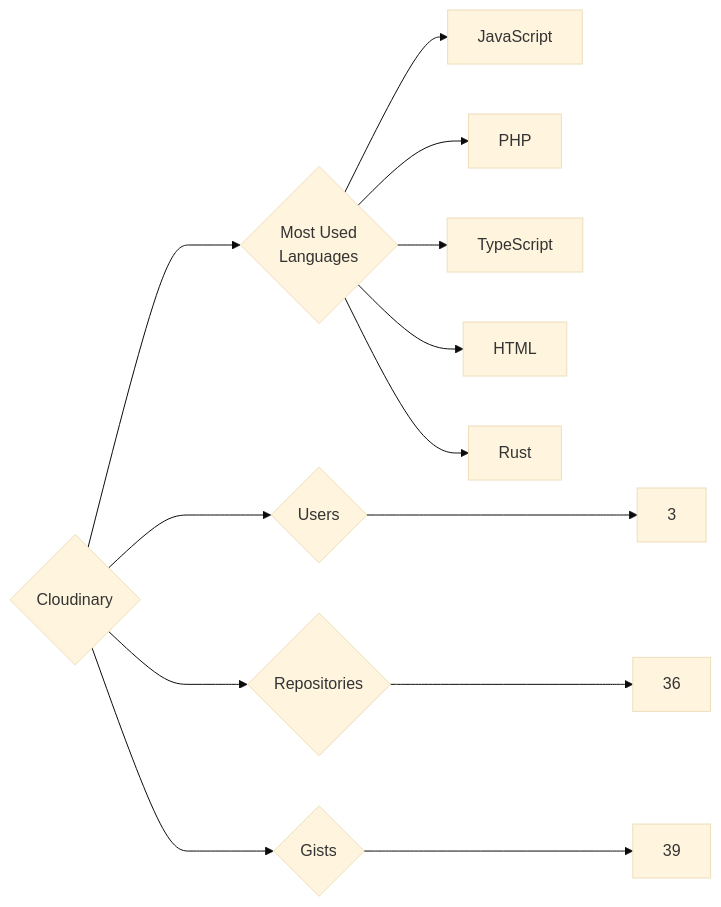
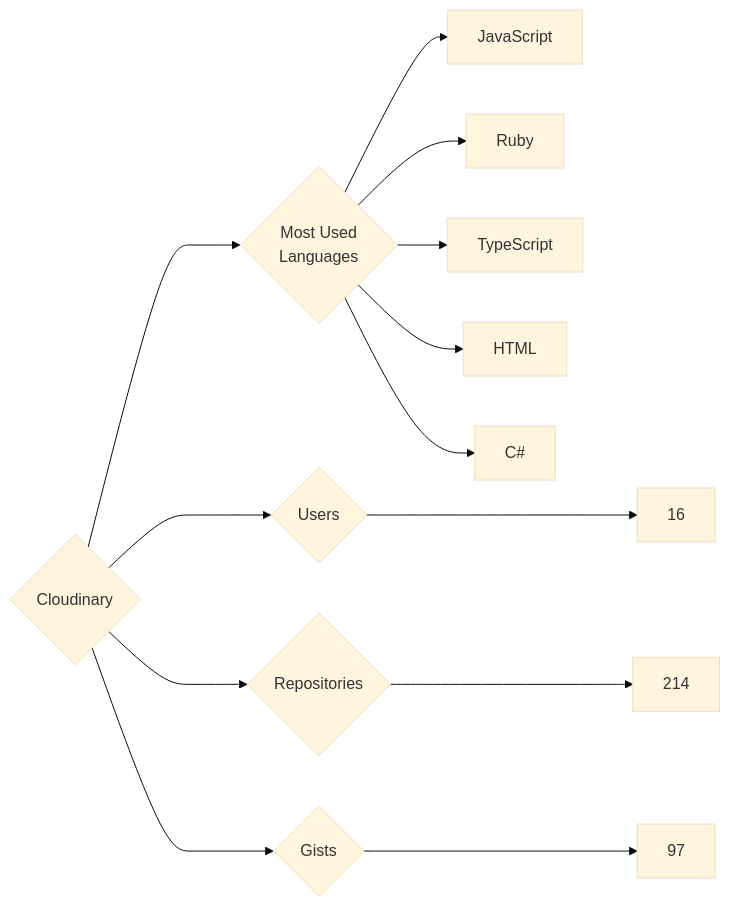
One commit to trickest/insiders changed the diagram in targets/Cloudinary/README.md. Above: the diagram before and after it, drawn with Mermaid (base theme). The commit also changed 838 other files, not shown here.

````diff
--- a/targets/Cloudinary/README.md
+++ b/targets/Cloudinary/README.md
@@ -3,13 +3,13 @@
 ```mermaid
 graph LR
 COMPANY_NAME{Cloudinary}
-COMPANY_NAME ---> U{Users} ---> UN[3]
-COMPANY_NAME ---> R{Repositories} ---> RN[36]
-COMPANY_NAME ---> G{Gists} ---> GN[39]
+COMPANY_NAME ---> U{Users} ---> UN[16]
+COMPANY_NAME ---> R{Repositories} ---> RN[214]
+COMPANY_NAME ---> G{Gists} ---> GN[97]
 COMPANY_NAME ---> ML{Most Used<br>Languages}
 ML --> JavaScript[JavaScript]
-ML --> PHP[PHP]
+ML --> Ruby[Ruby]
 ML --> TypeScript[TypeScript]
 ML --> HTML[HTML]
-ML --> Rust[Rust]
+ML --> C#[C#]
 ```
````
